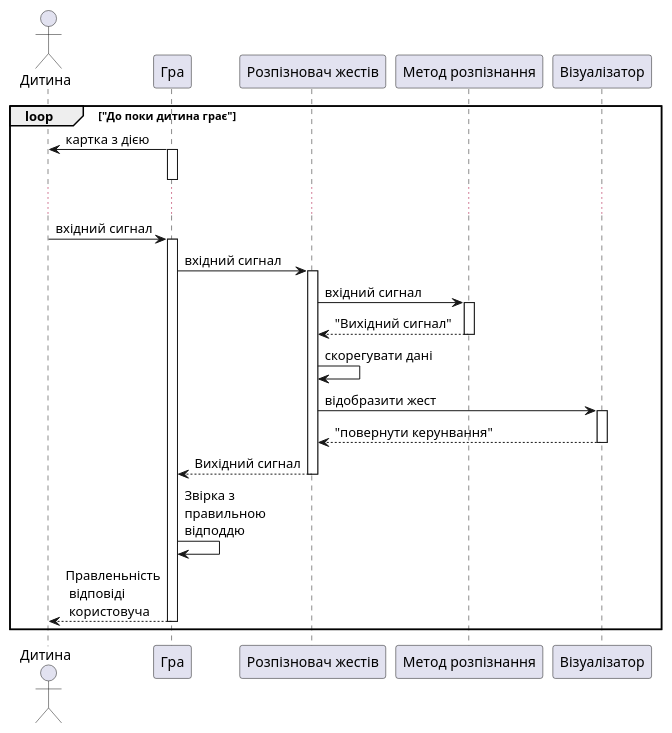
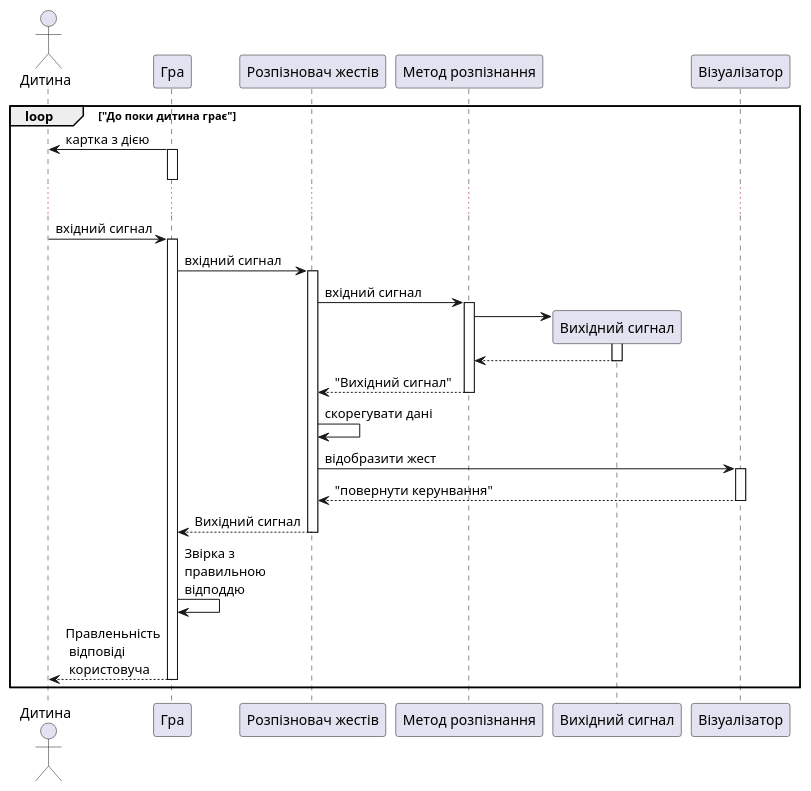
One commit to igorsan98v2/urk_dactyl_lang changed the diagram in app/uml/AdapterSequence.puml. Above: the diagram before and after it, drawn with PlantUML. The commit also changed 11 other files, not shown here.

Commit message:
Logic changes:  - added uml`s;  - implemented detections algorithms;

```diff
--- a/app/uml/AdapterSequence.puml
+++ b/app/uml/AdapterSequence.puml
@@ -1,28 +1,32 @@
 @startuml
 actor Дитина
 
 
 loop "До поки дитина грає"
     "Гра"->"Дитина": картка з дією
     activate "Гра"
     deactivate "Гра"
     ...
     Дитина -> "Гра": вхідний сигнал
     activate "Гра"
     "Гра" -> "Розпізновач жестів": вхідний сигнал
      activate  "Розпізновач жестів"
         "Розпізновач жестів" -> "Метод розпізнання": вхідний сигнал
         activate "Метод розпізнання"
+            create "Вихідний сигнал"
+            "Метод розпізнання" -> "Вихідний сигнал"
+            activate "Вихідний сигнал"
+            return
         return "Вихідний сигнал"
 
 
         "Розпізновач жестів" -> "Розпізновач жестів": скорегувати дані
 
         "Розпізновач жестів" -> "Візуалізатор": відобразити жест
         activate "Візуалізатор"
         return "повернути керунвання"
      return Вихідний сигнал
      "Гра" ->    "Гра": Звірка з \nправильною \nвідподдю
      return Правленьність\n відповіді\n користовуча
 end
 @enduml
```
